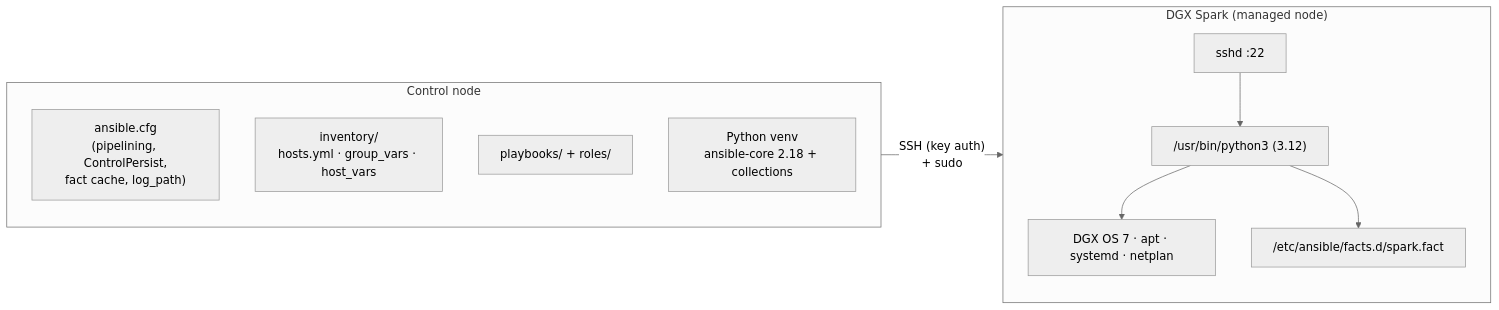
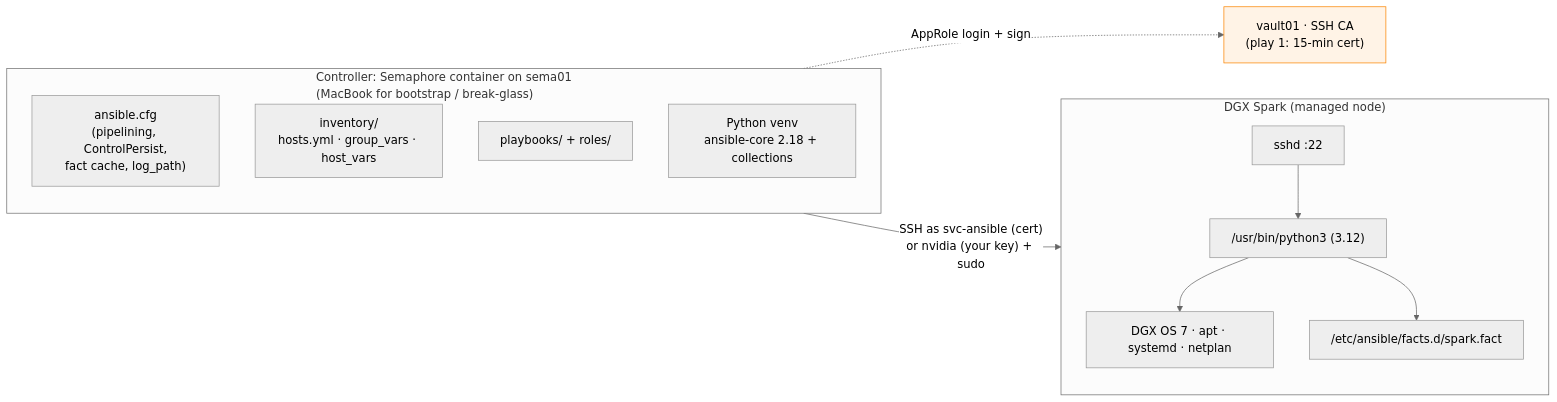
Before and after one commit to cloudone365/technical-depth: the first of 2 diagrams in 01 Ansible/01-ansible-core-deep-dive.md, drawn with Mermaid (neutral theme). The commit also changed other lines of this file and 37 other files, not shown here.

First line of the commit message:
Docs: Semaphore + vault01 management plane, dgx-spark-01 as a target

````diff
--- a/01 Ansible/01-ansible-core-deep-dive.md
+++ b/01 Ansible/01-ansible-core-deep-dive.md
@@ -29,19 +29,23 @@
 ```mermaid
 flowchart LR
-  subgraph CN["Control node"]
+  subgraph CN["Controller: Semaphore container on sema01<br/>(MacBook for bootstrap / break-glass)"]
     direction TB
     CFG["ansible.cfg<br/>(pipelining, ControlPersist,<br/>fact cache, log_path)"]
     INV["inventory/<br/>hosts.yml · group_vars · host_vars"]
     PB["playbooks/ + roles/"]
     VENV["Python venv<br/>ansible-core 2.18 + collections"]
   end
   subgraph SP["DGX Spark (managed node)"]
     direction TB
     SSHD["sshd :22"]
     PY["/usr/bin/python3 (3.12)"]
     FACTS["/etc/ansible/facts.d/spark.fact"]
     OS["DGX OS 7 · apt · systemd · netplan"]
   end
-  PB -->|"SSH (key auth)<br/>+ sudo"| SSHD --> PY --> OS
+  VLT["vault01 · SSH CA<br/>(play 1: 15-min cert)"]
+  PB -.->|"AppRole login + sign"| VLT
+  PB -->|"SSH as svc-ansible (cert)<br/>or nvidia (your key) + sudo"| SSHD --> PY --> OS
   PY --> FACTS
+  classDef mgmt fill:#fff3e6,stroke:#fb8500,color:#000
+  class VLT mgmt
 ```
````
